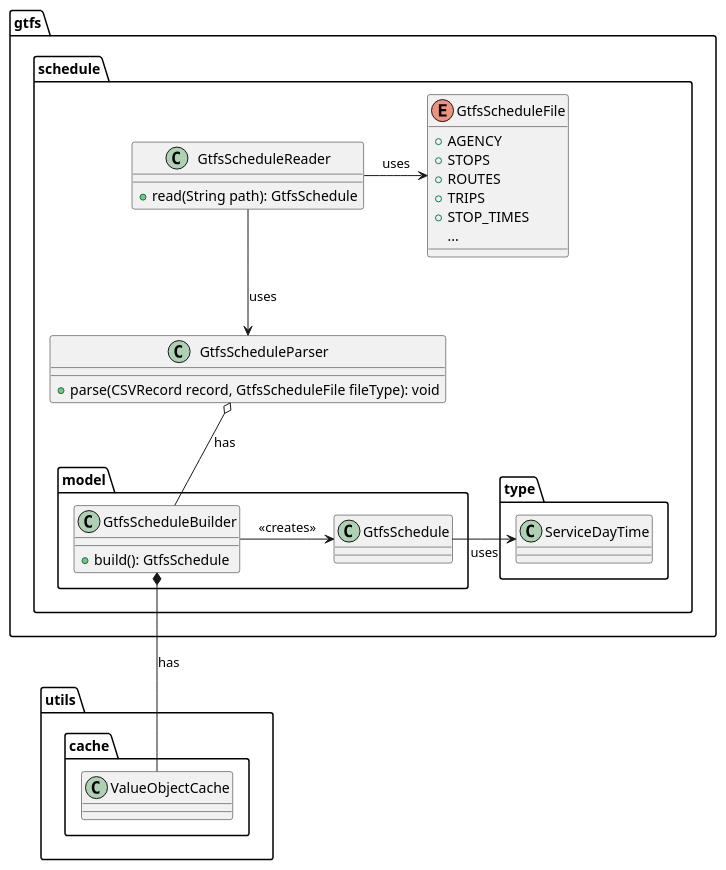
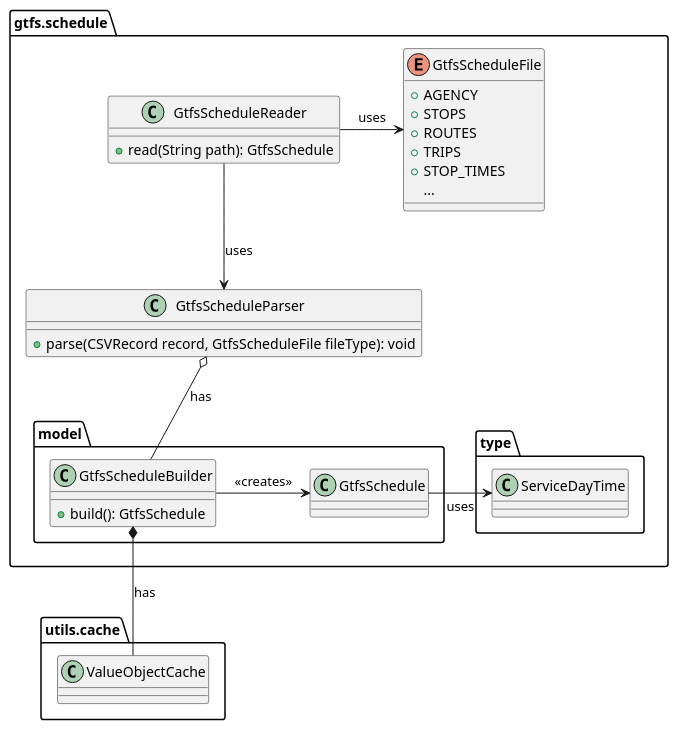
The diagram in Writerside/topics/implementation/gtfs-schedule.md (naviqore/documentation), drawn with PlantUML before and after one commit.

Commit message:
DOC: NAV-134 - Collapse packages in GTFS class diagram

````diff
--- a/Writerside/topics/implementation/gtfs-schedule.md
+++ b/Writerside/topics/implementation/gtfs-schedule.md
@@ -10,45 +10,47 @@
 ```plantuml
 @startuml
+set namespaceSeparator none
+
 package gtfs.schedule {
     class GtfsScheduleReader {
         +read(String path): GtfsSchedule
     }
     class GtfsScheduleParser {
         +parse(CSVRecord record, GtfsScheduleFile fileType): void
     }
     enum GtfsScheduleFile {
         +AGENCY
         +STOPS
         +ROUTES
         +TRIPS
         +STOP_TIMES
         ...
     }
-}
-
-package gtfs.schedule.model {
-    class GtfsSchedule {
+    
+    package model {
+        class GtfsSchedule {
+        }
+        class GtfsScheduleBuilder {
+            +build(): GtfsSchedule
+        }
     }
-    class GtfsScheduleBuilder {
-        +build(): GtfsSchedule
+    
+    package type {
+        class ServiceDayTime
     }
 }
-
-package gtfs.schedule.type {
-    class ServiceDayTime
-   }
 
 package utils.cache {
     class ValueObjectCache
 }
 
 GtfsScheduleReader --> GtfsScheduleParser : uses
 GtfsScheduleReader -> GtfsScheduleFile : uses
 GtfsScheduleParser o-- GtfsScheduleBuilder : has
 GtfsScheduleBuilder -> GtfsSchedule : <<creates>>
 GtfsScheduleBuilder *-- ValueObjectCache : has
 
 GtfsSchedule -> ServiceDayTime: uses
 
 @enduml
 ```
````
